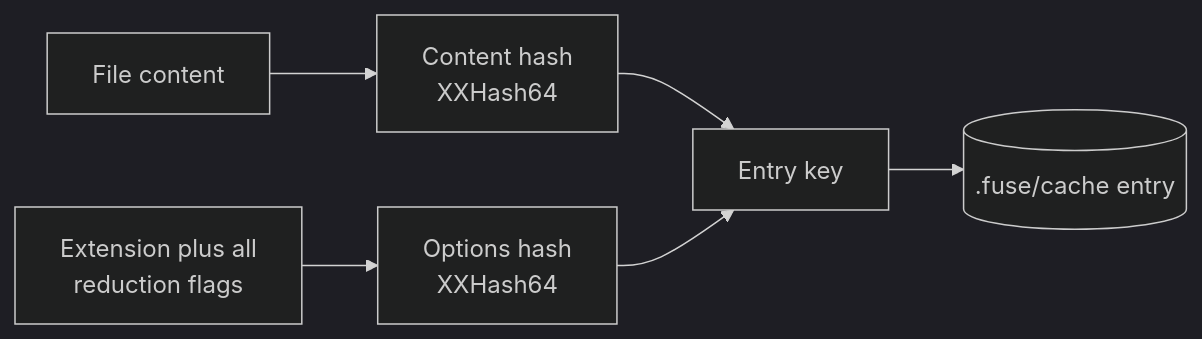
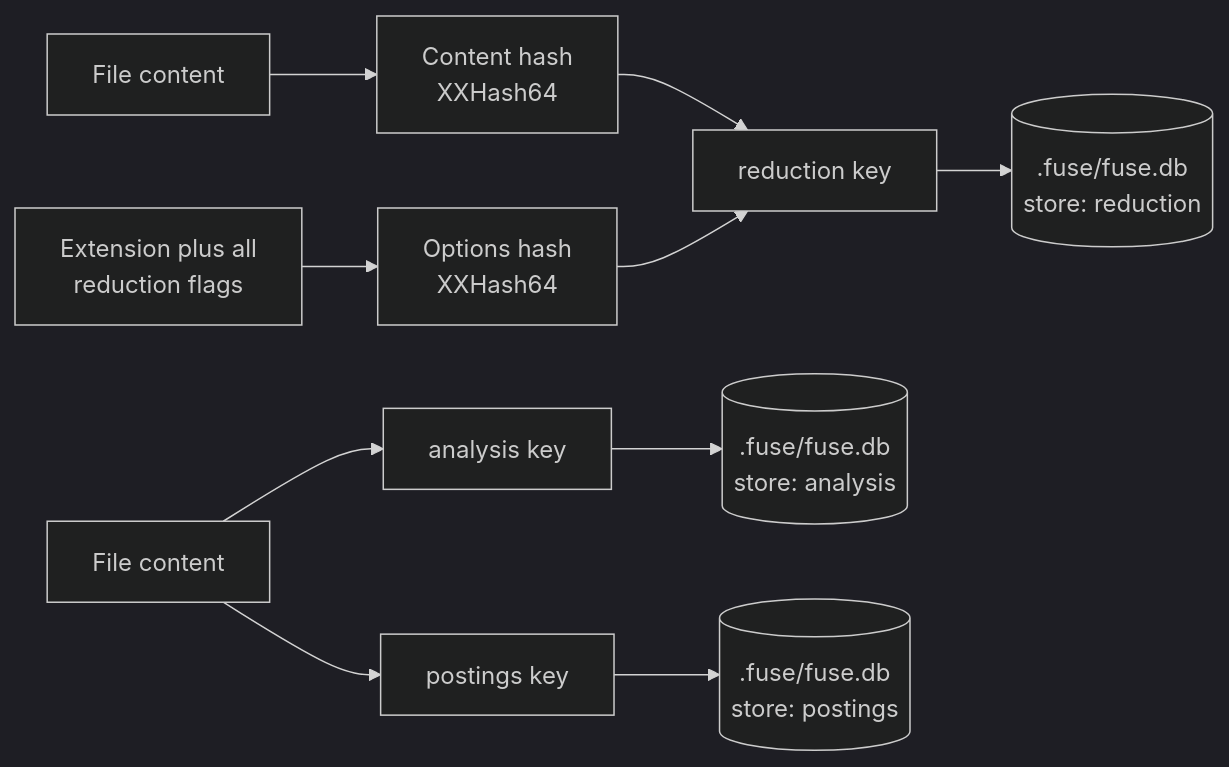
Before and after one commit to Litenova-Solutions/Fuse: the diagram in site/content/docs/internals/caching-internals.mdx, drawn with Mermaid (dark theme). The commit also changed other lines of this file and 132 other files, not shown here.

````diff
--- a/site/content/docs/internals/caching-internals.mdx
+++ b/site/content/docs/internals/caching-internals.mdx
@@ -27,8 +29,12 @@
 ```mermaid
 flowchart LR
     A[File content] --> B[Content hash<br/>XXHash64]
     C[Extension plus all<br/>reduction flags] --> D[Options hash<br/>XXHash64]
-    B --> E[Entry key]
+    B --> E[reduction key]
     D --> E
-    E --> F[(.fuse/cache entry)]
+    E --> F[(.fuse/fuse.db<br/>store: reduction)]
+    G[File content] --> H[analysis key]
+    H --> I[(.fuse/fuse.db<br/>store: analysis)]
+    G --> J[postings key]
+    J --> K[(.fuse/fuse.db<br/>store: postings)]
 ```
````
